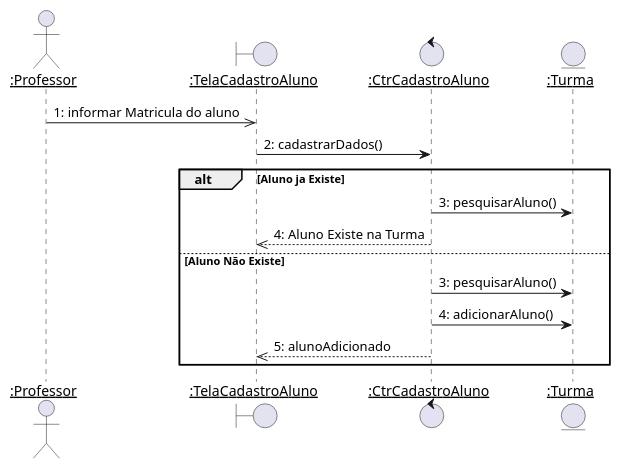
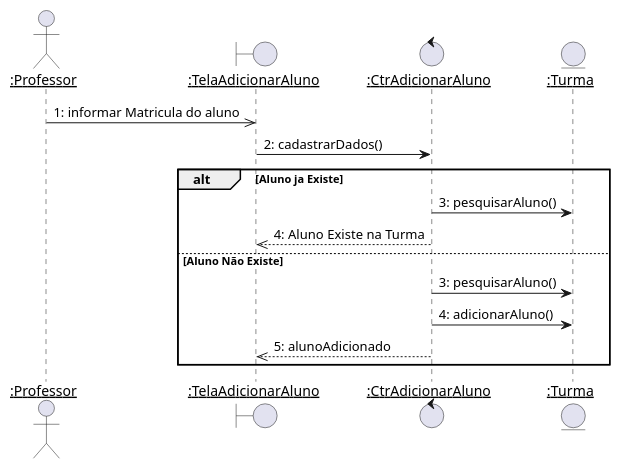
The diagram in diagramas/sequencia/adicionar_aluno.puml (Pedro-V/projetorium), drawn with PlantUML before and after one commit. The commit also changed 18 other files, not shown here.

```diff
--- a/diagramas/sequencia/adicionar_aluno.puml
+++ b/diagramas/sequencia/adicionar_aluno.puml
@@ -1,22 +1,21 @@
 @startuml adicionar_aluno
 skinparam sequenceParticipant underline
 
-
 actor ":Professor" as Professor
-boundary ":TelaCadastroAluno" as TelaCadastroAluno
-control ":CtrCadastroAluno" as CtrCadastroAluno
+boundary ":TelaAdicionarAluno" as TelaAdicionarAluno
+control ":CtrAdicionarAluno" as CtrAdicionarAluno
 entity ":Turma" as Turma
 
-Professor ->> TelaCadastroAluno : 1: informar Matricula do aluno
-TelaCadastroAluno -> CtrCadastroAluno : 2: cadastrarDados()
+Professor ->> TelaAdicionarAluno : 1: informar Matricula do aluno
+TelaAdicionarAluno -> CtrAdicionarAluno : 2: cadastrarDados()
 
 
 alt Aluno ja Existe
-    CtrCadastroAluno -> Turma : 3: pesquisarAluno()
-    CtrCadastroAluno -->> TelaCadastroAluno : 4: Aluno Existe na Turma
+    CtrAdicionarAluno -> Turma : 3: pesquisarAluno()
+    CtrAdicionarAluno -->> TelaAdicionarAluno : 4: Aluno Existe na Turma
 else Aluno Não Existe
-    CtrCadastroAluno -> Turma : 3: pesquisarAluno()
-    CtrCadastroAluno -> Turma : 4: adicionarAluno()
-    CtrCadastroAluno -->> TelaCadastroAluno : 5: alunoAdicionado
+    CtrAdicionarAluno -> Turma : 3: pesquisarAluno()
+    CtrAdicionarAluno -> Turma : 4: adicionarAluno()
+    CtrAdicionarAluno -->> TelaAdicionarAluno : 5: alunoAdicionado
 end
 @enduml
```
